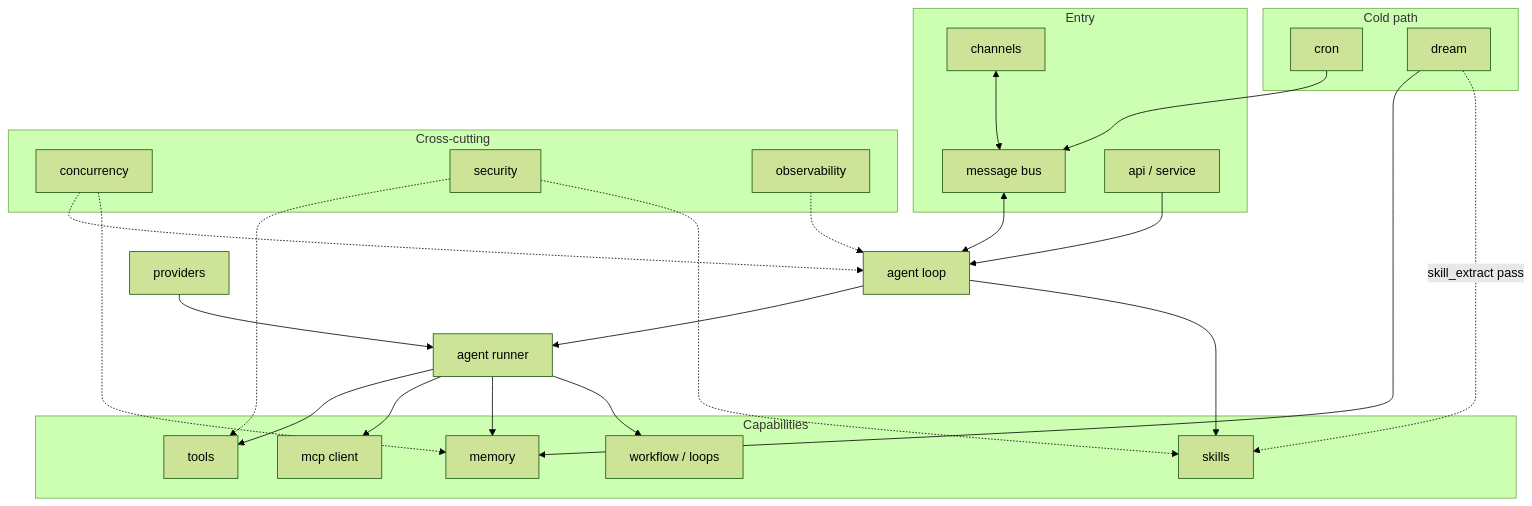
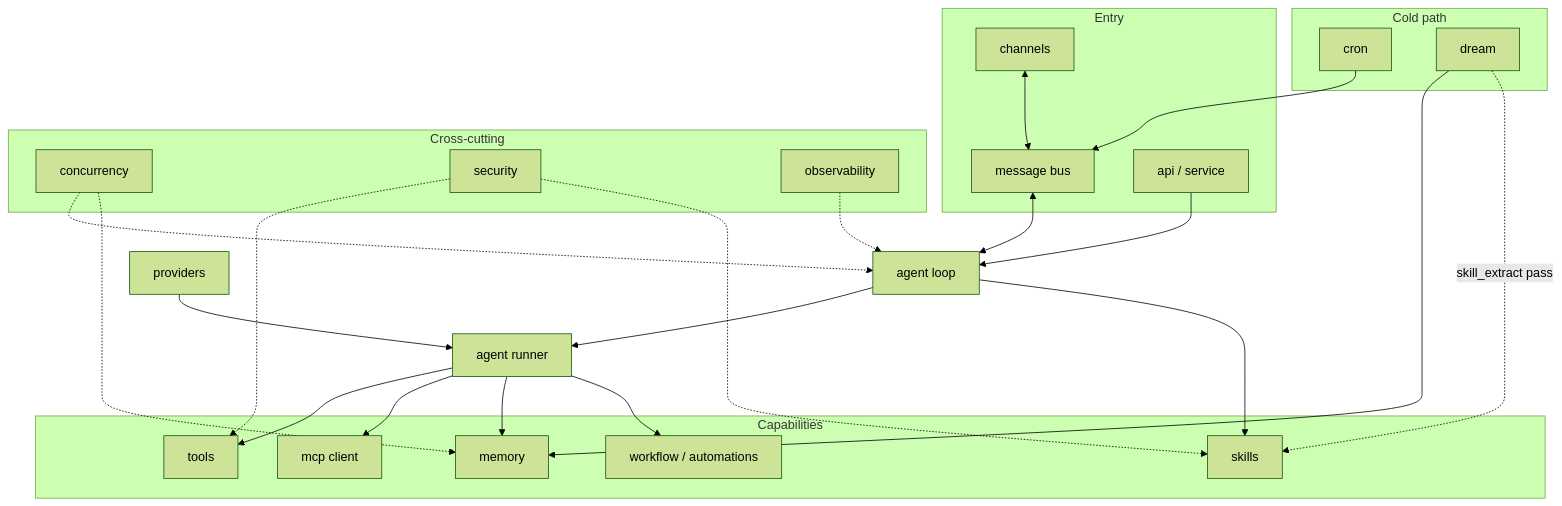
One commit to mmarmol/durin changed the diagram in docs/internals/README.md. Above: the diagram before and after it, drawn with Mermaid (forest theme). The commit also changed other lines of this file and 143 other files, not shown here.

First line of the commit message:
feat(automations): trigger bindings replace loops — delivery, approvals routing, life conditions, migration (#554)

````diff
--- a/docs/internals/README.md
+++ b/docs/internals/README.md
@@ -78,51 +78,51 @@
 ```mermaid
 flowchart TB
     subgraph entry["Entry"]
         CH["channels"]
         BUS["message bus"]
         API["api / service"]
     end
 
     LOOP["agent loop"]
     RUNNER["agent runner"]
     PROV["providers"]
 
     subgraph caps["Capabilities"]
         TOOLS["tools"]
         MCP["mcp client"]
         MEM["memory"]
         SKILLS["skills"]
-        WF["workflow / loops"]
+        WF["workflow / automations"]
     end
 
     subgraph coldpath["Cold path"]
         CRON["cron"]
         DREAM["dream"]
     end
 
     subgraph crosscut["Cross-cutting"]
         CONC["concurrency"]
         SEC["security"]
         OBS["observability"]
     end
 
     CH <--> BUS
     BUS <--> LOOP
     API --> LOOP
     LOOP --> RUNNER
     PROV --> RUNNER
     RUNNER --> TOOLS
     RUNNER --> MCP
     RUNNER --> MEM
     LOOP --> SKILLS
     RUNNER --> WF
     CRON --> BUS
     DREAM --> MEM
     DREAM -."skill_extract pass".-> SKILLS
 
     CONC -.-> LOOP
     CONC -.-> MEM
     SEC -.-> TOOLS
     SEC -.-> SKILLS
     OBS -.-> LOOP
 ```
````
